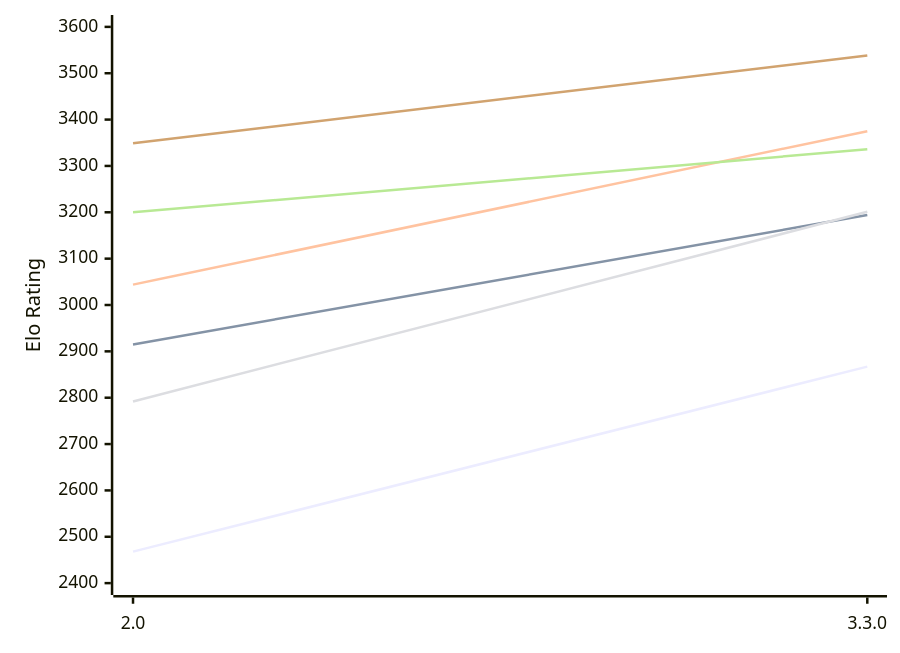
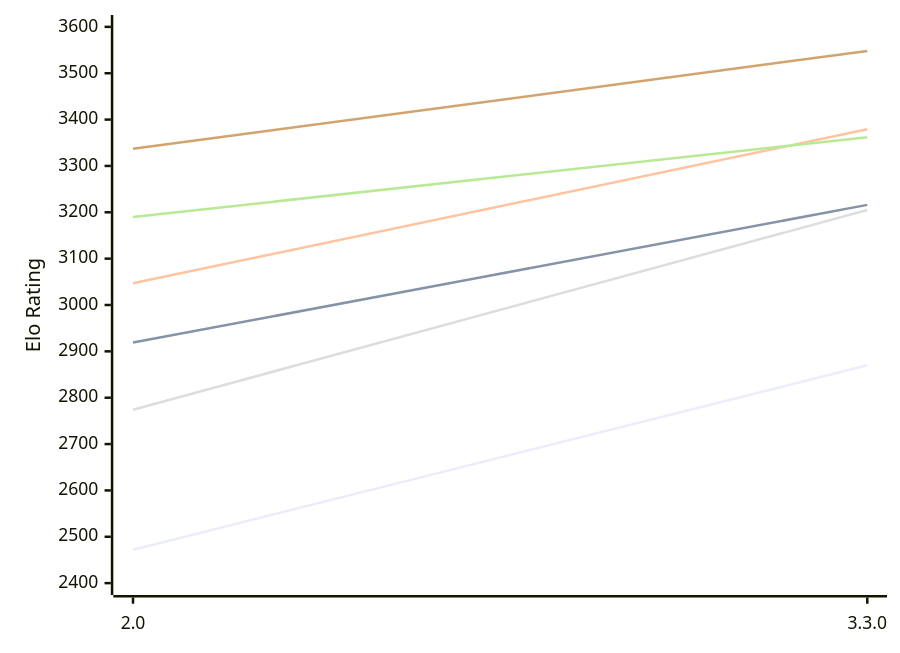
The diagram in engines/Ravager.md (computer-chess-index/cci), drawn with Mermaid before and after one commit. The commit also changed other lines of this file, not shown here.

Commit message:
Update CCI Ratings (ELO VLTC) - 2026-10-13

````diff
--- a/engines/Ravager.md
+++ b/engines/Ravager.md
@@ -49,12 +49,12 @@
 ```mermaid
 %%{init: {"theme":"base","themeVariables":{"seriesColors:['#a3a3a3','#222221','#faa371']}}}%%
 xychart-beta
   x-axis ["2.0", "3.3.0"]
   y-axis "Elo Rating" 2400 --> 3600
-  line "E1: STC (8.0+0.08s)" [2468, 2867]
-  line "E1: LTC (60.0+0.60s)" [2915, 3194]
-  line "E1: VLTC (2m24s+1.12s)" [3044, 3375]
-  line "P1: STC (8.0+0.08s)" [2792, 3201]
-  line "P1: LTC (60.0+0.60s)" [3200, 3336]
-  line "P1: VLTC (2m24s+1.12s)" [3349, 3538]
+  line "E1: STC (8.0+0.08s)" [2472, 2870]
+  line "E1: LTC (60.0+0.60s)" [2919, 3216]
+  line "E1: VLTC (2m24s+1.12s)" [3047, 3379]
+  line "P1: STC (8.0+0.08s)" [2774, 3205]
+  line "P1: LTC (60.0+0.60s)" [3190, 3362]
+  line "P1: VLTC (2m24s+1.12s)" [3337, 3548]
 ```
````
